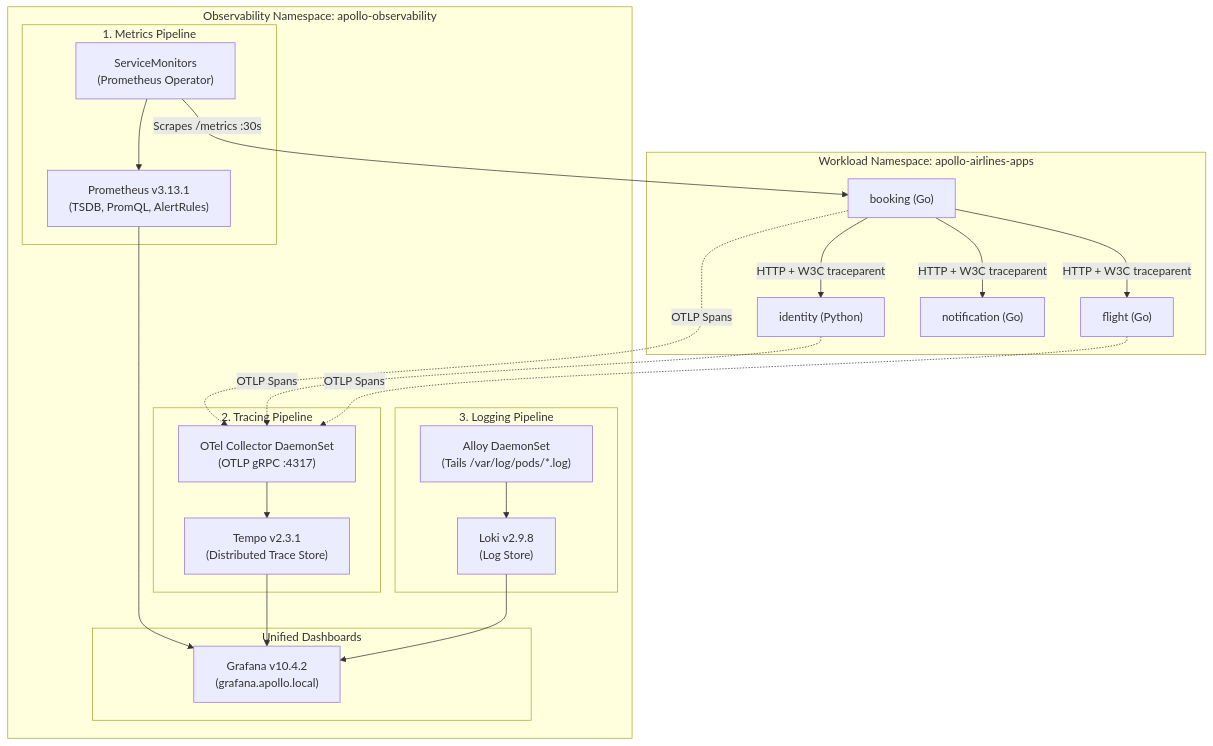
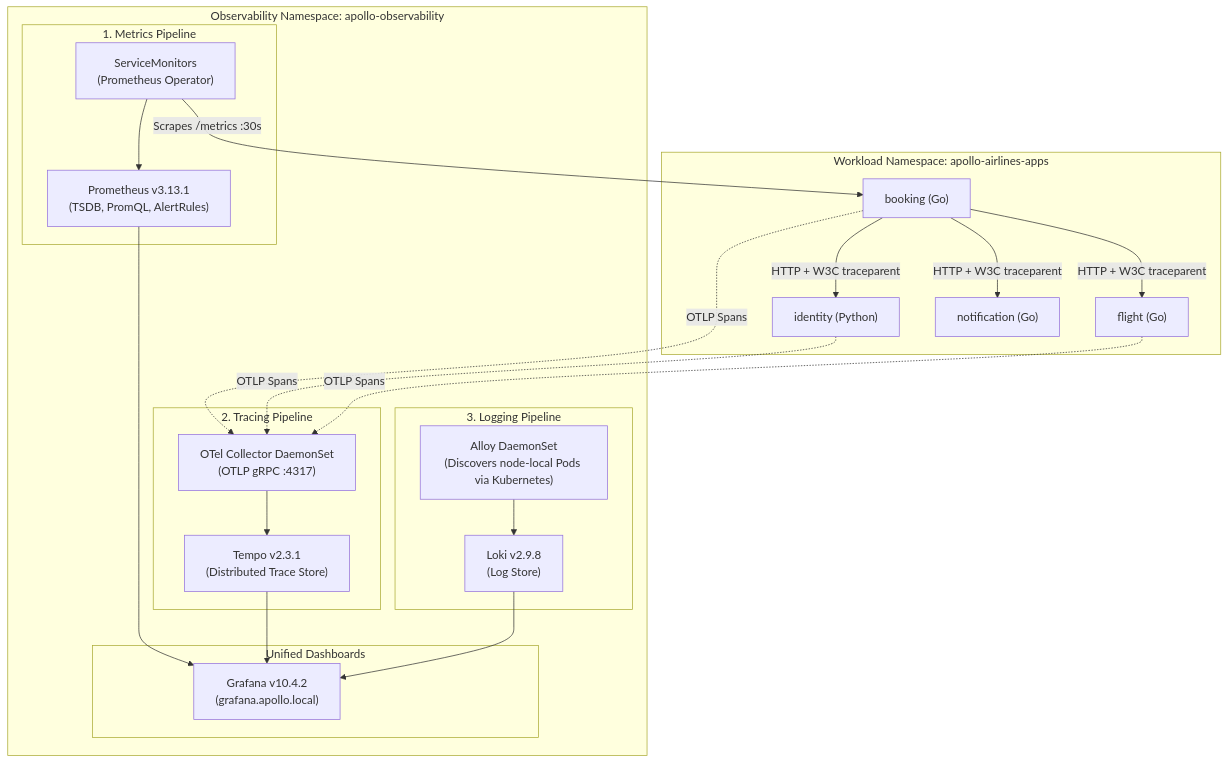
One commit to darshan-raul/apollo11-docs changed the diagram in docs/stage-6.md. Above: the diagram before and after it, drawn with Mermaid. The commit also changed other lines of this file and 22 other files, not shown here.

````diff
--- a/docs/stage-6.md
+++ b/docs/stage-6.md
@@ -17,44 +23,44 @@
 ```mermaid
 flowchart TD
   subgraph AppsNS ["Workload Namespace: apollo-airlines-apps"]
     Booking["booking (Go)"]
     Identity["identity (Python)"]
     Flight["flight (Go)"]
     Notification["notification (Go)"]
 
     Booking -->|HTTP + W3C traceparent| Identity
     Booking -->|HTTP + W3C traceparent| Flight
     Booking -->|HTTP + W3C traceparent| Notification
   end
 
   subgraph O11yNS ["Observability Namespace: apollo-observability"]
     subgraph MetricsPillar ["1. Metrics Pipeline"]
       SM["ServiceMonitors\n(Prometheus Operator)"]
       Prom["Prometheus v3.13.1\n(TSDB, PromQL, AlertRules)"]
       SM -->|Scrapes /metrics :30s| Booking
       SM --> Prom
     end
 
     subgraph TracePillar ["2. Tracing Pipeline"]
       OTel["OTel Collector DaemonSet\n(OTLP gRPC :4317)"]
       Tempo["Tempo v2.3.1\n(Distributed Trace Store)"]
       Booking -.->|OTLP Spans| OTel
       Identity -.->|OTLP Spans| OTel
       Flight -.->|OTLP Spans| OTel
       OTel --> Tempo
     end
 
     subgraph LogPillar ["3. Logging Pipeline"]
-      Alloy["Alloy DaemonSet\n(Tails /var/log/pods/*.log)"]
+      Alloy["Alloy DaemonSet\n(Discovers node-local Pods via Kubernetes)"]
       Loki["Loki v2.9.8\n(Log Store)"]
       Alloy --> Loki
     end
 
     subgraph Presentation ["Unified Dashboards"]
       Grafana["Grafana v10.4.2\n(grafana.apollo.local)"]
       Prom --> Grafana
       Tempo --> Grafana
       Loki --> Grafana
     end
   end
 ```
````
